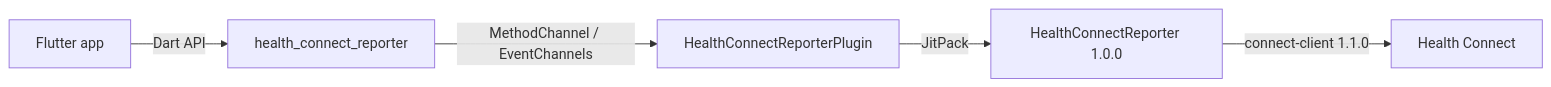
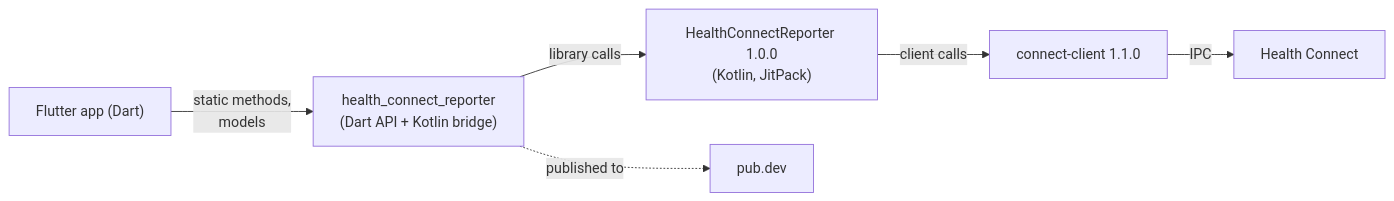
One commit to kvs-coder/health_connect_reporter changed the first of 4 diagrams in doc/arc42/README.md. Above: the diagram before and after it, drawn with Mermaid. The commit also changed other lines of this file and 4 other files, not shown here.

````diff
--- a/doc/arc42/README.md
+++ b/doc/arc42/README.md
@@ -27,7 +38,15 @@
 ```mermaid
 flowchart LR
-    App[Flutter app] -->|Dart API| Plugin[health_connect_reporter]
-    Plugin -->|MethodChannel / EventChannels| Kotlin[HealthConnectReporterPlugin]
-    Kotlin -->|JitPack| Library[HealthConnectReporter 1.0.0]
-    Library -->|connect-client 1.1.0| HC[Health Connect]
+    app["Flutter app (Dart)"]
+    plugin["health_connect_reporter<br/>(Dart API + Kotlin bridge)"]
+    lib["HealthConnectReporter 1.0.0<br/>(Kotlin, JitPack)"]
+    client["connect-client 1.1.0"]
+    hc["Health Connect"]
+    pub["pub.dev"]
+
+    app -- "static methods,<br/>models" --> plugin
+    plugin -- "library calls" --> lib
+    lib -- "client calls" --> client
+    client -- "IPC" --> hc
+    plugin -. "published to" .-> pub
 ```
````
